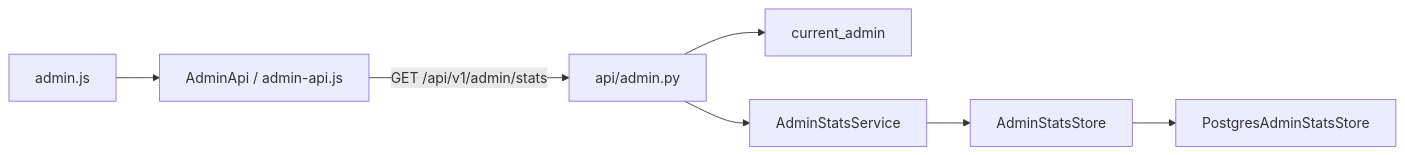
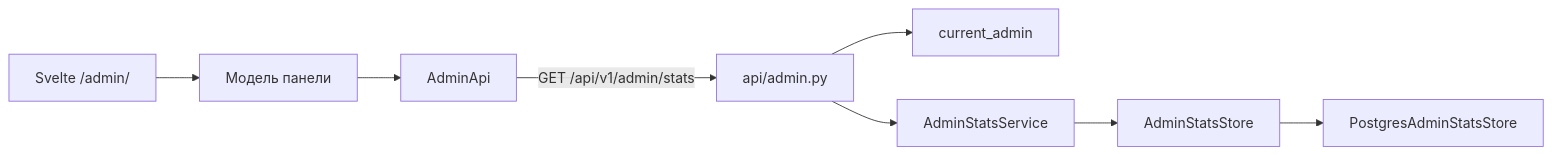
Before and after one commit to Nisakoo/BMSTU-NIRS: the diagram in docs/admin.md, drawn with Mermaid. The commit also changed other lines of this file and 97 other files, not shown here.

````diff
--- a/docs/admin.md
+++ b/docs/admin.md
@@ -153,9 +153,10 @@
 ```mermaid
 flowchart LR
-    Page[admin.js] --> Client[AdminApi / admin-api.js]
+    Page[Svelte /admin/] --> Model[Модель панели]
+    Model --> Client[AdminApi]
     Client -->|GET /api/v1/admin/stats| Router[api/admin.py]
     Router --> Guard[current_admin]
     Router --> Service[AdminStatsService]
     Service --> Store[AdminStatsStore]
     Store --> Postgres[PostgresAdminStatsStore]
 ```
````
